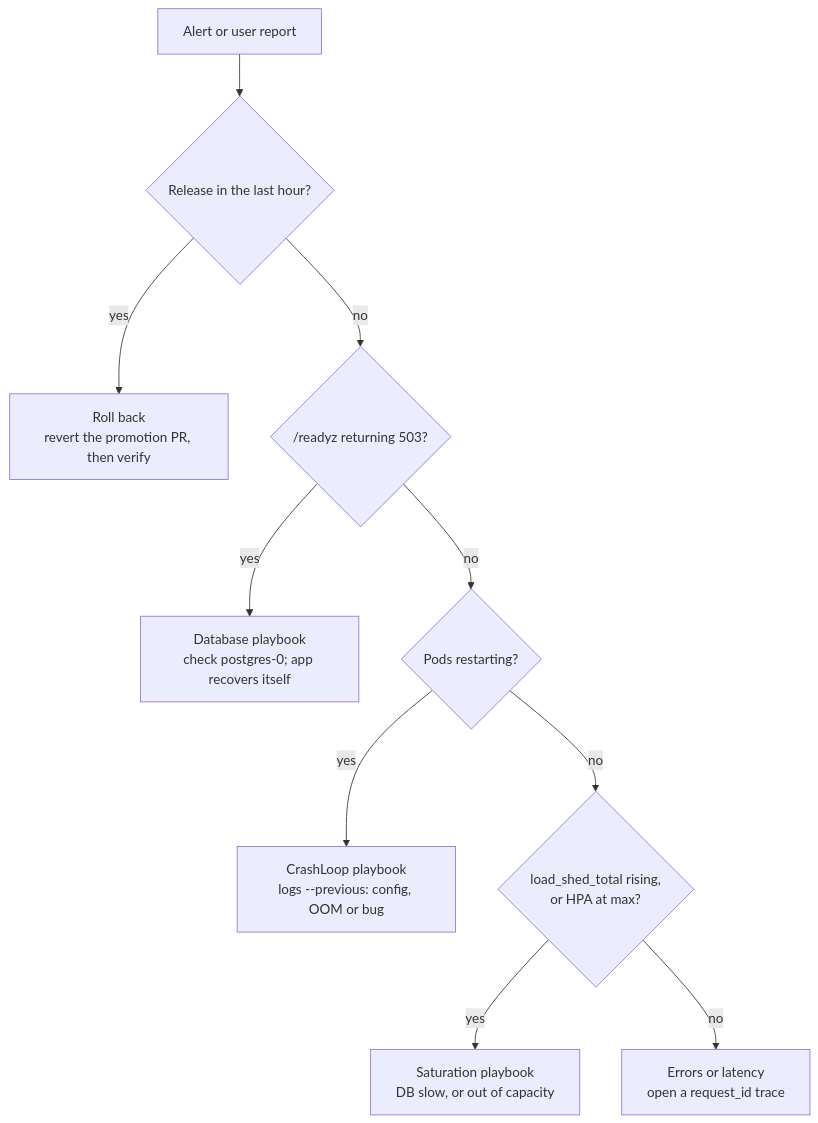
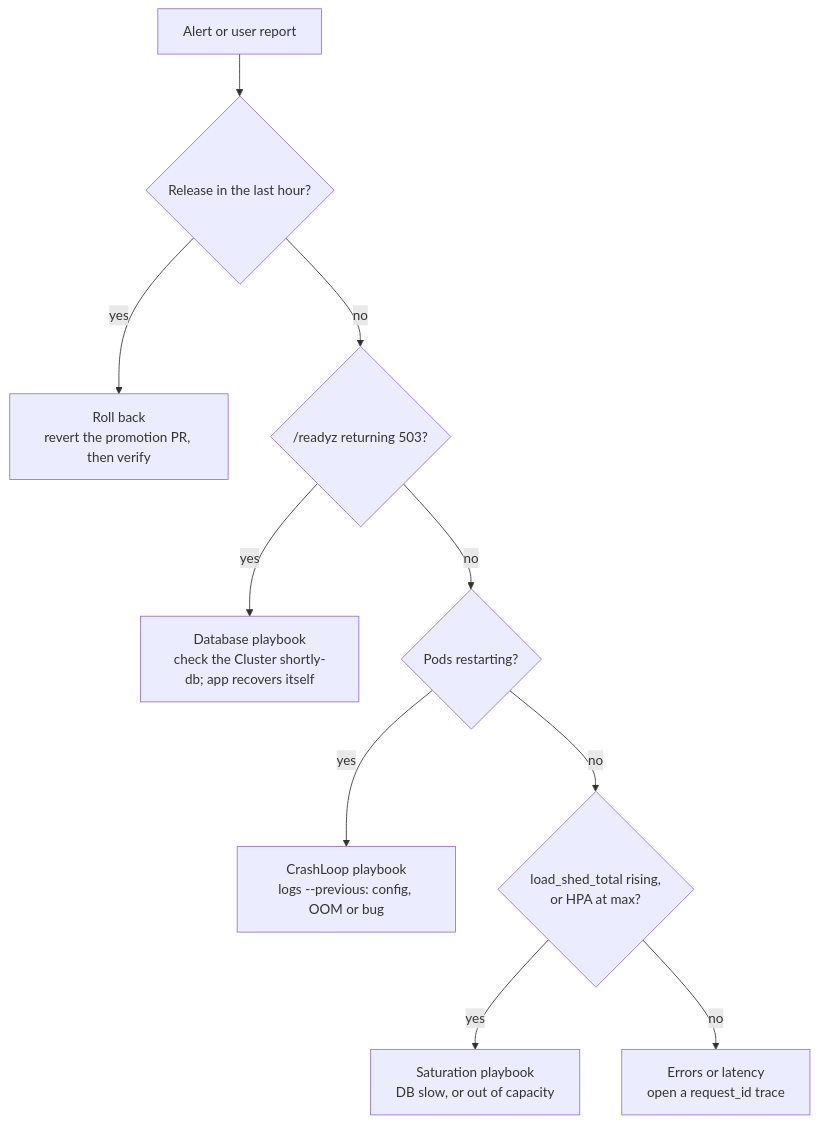
The diagram in docs/RUNBOOK.md (easypeasyops/links), drawn with Mermaid before and after one commit. The commit also changed other lines of this file and 7 other files, not shown here.

````diff
--- a/docs/RUNBOOK.md
+++ b/docs/RUNBOOK.md
@@ -410,12 +376,12 @@
 ```mermaid
 flowchart TD
   A[Alert or user report] --> B{Release in the last hour?}
   B -- yes --> R[Roll back<br/>revert the promotion PR, then verify]
   B -- no --> C{"/readyz returning 503?"}
-  C -- yes --> D[Database playbook<br/>check postgres-0; app recovers itself]
+  C -- yes --> D[Database playbook<br/>check the Cluster shortly-db; app recovers itself]
   C -- no --> E{Pods restarting?}
   E -- yes --> F[CrashLoop playbook<br/>logs --previous: config, OOM or bug]
   E -- no --> S{"load_shed_total rising,<br/>or HPA at max?"}
   S -- yes --> T[Saturation playbook<br/>DB slow, or out of capacity]
   S -- no --> G[Errors or latency<br/>open a request_id trace]
 ```
````
